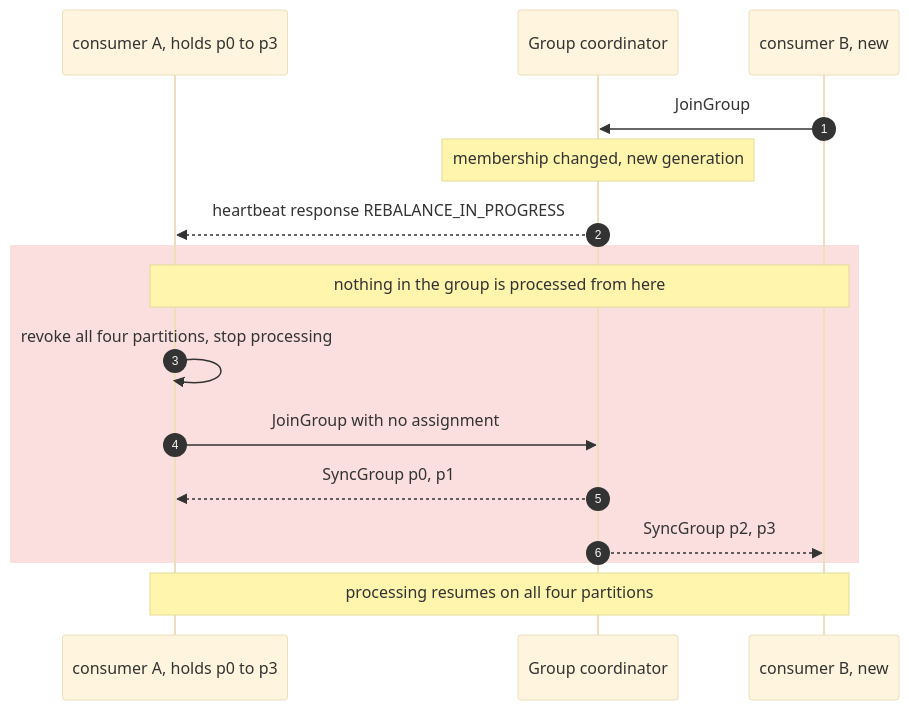
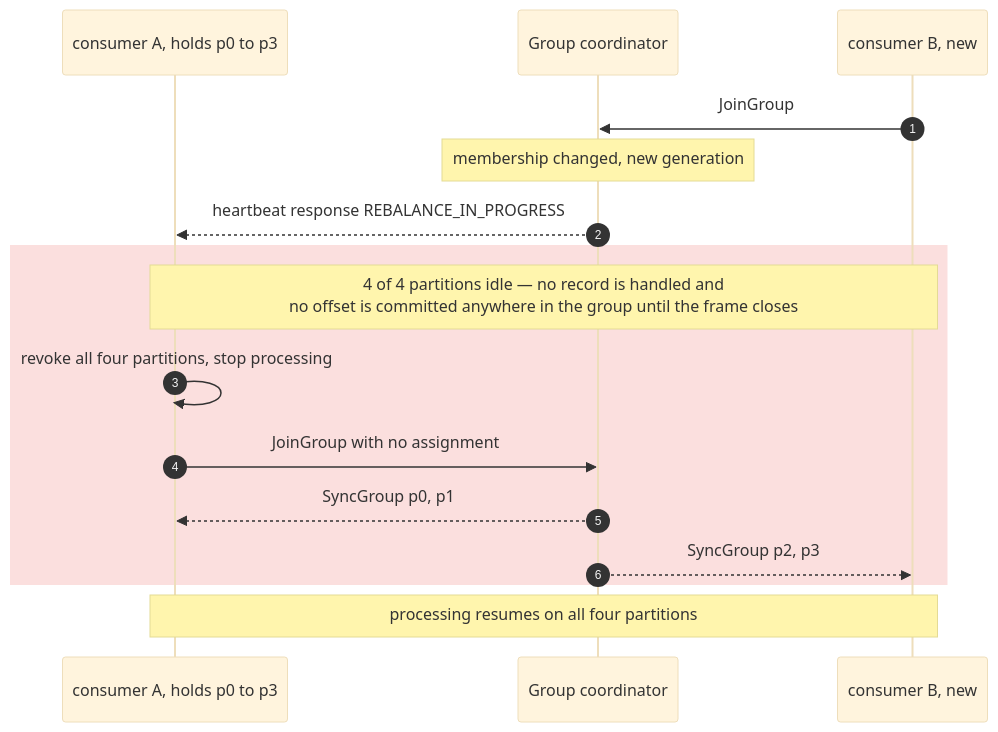
Before and after one commit to DmytroLysenko1/Kafka-lab: the first of 2 diagrams in docs/static/08-rebalance.md, drawn with Mermaid (base theme). The commit also changed other lines of this file and 10 other files, not shown here.

Commit message:
drew the boundary in every diagram instead of captioning it

````diff
--- a/docs/static/08-rebalance.md
+++ b/docs/static/08-rebalance.md
@@ -14,21 +14,21 @@
 ```mermaid
 sequenceDiagram
     autonumber
     participant A as consumer A, holds p0 to p3
     participant CO as Group coordinator
     participant B as consumer B, new
 
     B->>CO: JoinGroup
     Note over CO: membership changed, new generation
     CO-->>A: heartbeat response REBALANCE_IN_PROGRESS
 
     rect rgba(229, 57, 53, 0.16)
-        Note over A,B: nothing in the group is processed from here
+        Note over A,B: 4 of 4 partitions idle — no record is handled and<br/>no offset is committed anywhere in the group until the frame closes
         A->>A: revoke all four partitions, stop processing
         A->>CO: JoinGroup with no assignment
         CO-->>A: SyncGroup p0, p1
         CO-->>B: SyncGroup p2, p3
     end
 
     Note over A,B: processing resumes on all four partitions
 ```
````
